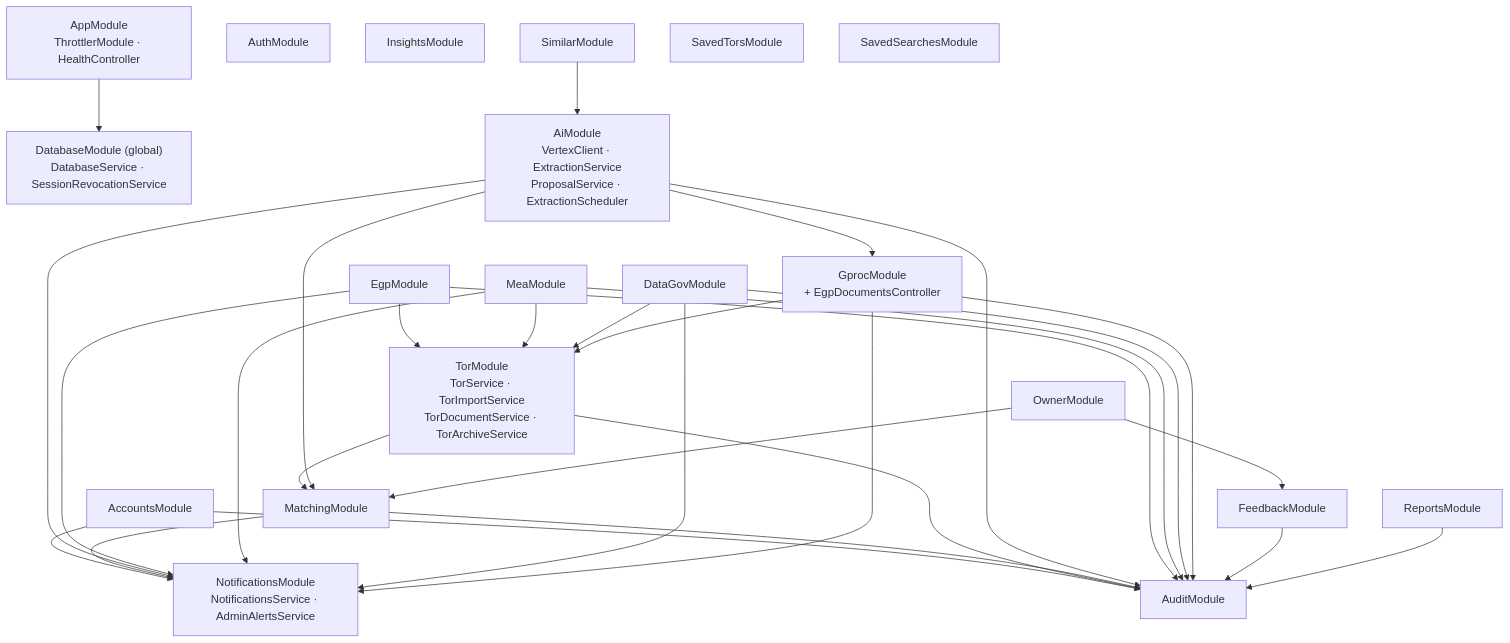
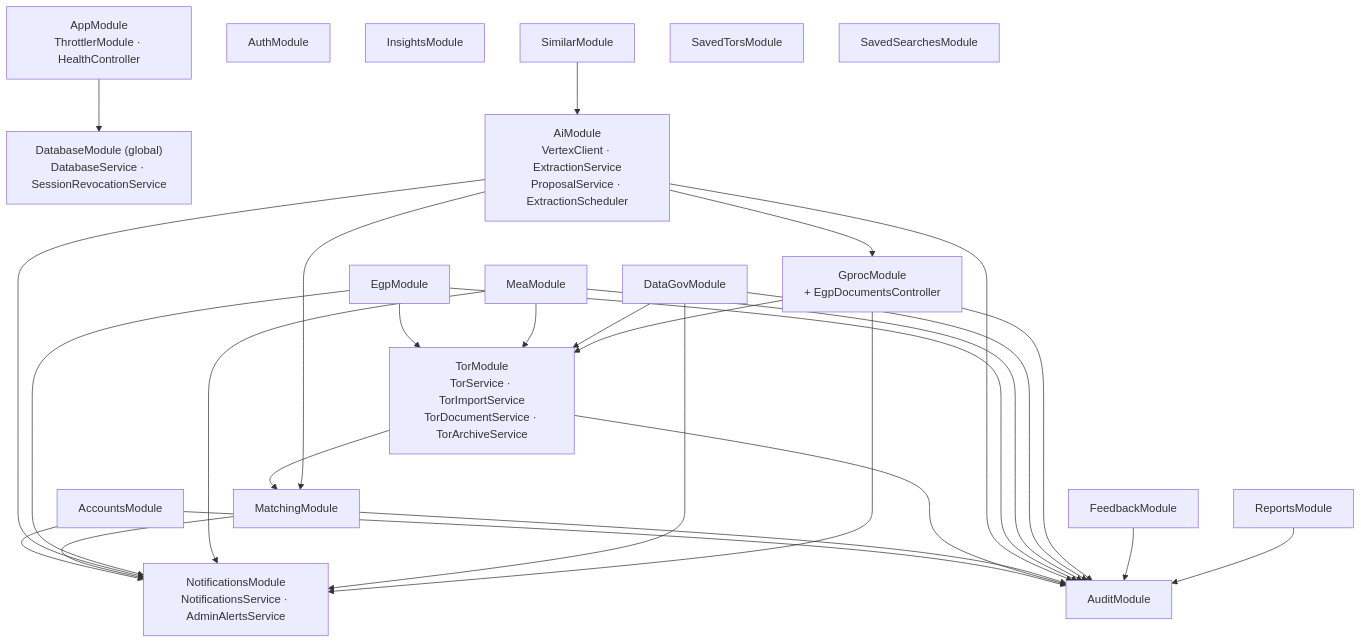
The second of 2 diagrams in docs/design/system-architecture.md (PhomMaiWai/TorFinder), drawn with Mermaid before and after one commit. The commit also changed other lines of this file and 26 other files, not shown here.

````diff
--- a/docs/design/system-architecture.md
+++ b/docs/design/system-architecture.md
@@ -91,38 +93,36 @@
 ```mermaid
 flowchart TB
     App["AppModule<br/>ThrottlerModule · HealthController"]
     DBM["DatabaseModule (global)<br/>DatabaseService · SessionRevocationService"]
 
     Auth["AuthModule"]
     Accounts["AccountsModule"]
     Tor["TorModule<br/>TorService · TorImportService<br/>TorDocumentService · TorArchiveService"]
     Matching["MatchingModule"]
     Ai["AiModule<br/>VertexClient · ExtractionService<br/>ProposalService · ExtractionScheduler"]
     Egp["EgpModule"]
     Mea["MeaModule"]
     DataGov["DataGovModule"]
     Gproc["GprocModule<br/>+ EgpDocumentsController"]
     Feedback["FeedbackModule"]
     Reports["ReportsModule"]
     Insights["InsightsModule"]
     Similar["SimilarModule"]
-    Owner["OwnerModule"]
     SavedTors["SavedTorsModule"]
     SavedSearches["SavedSearchesModule"]
     Notifications["NotificationsModule<br/>NotificationsService · AdminAlertsService"]
     Audit["AuditModule"]
 
     App --> DBM
     Accounts --> Notifications & Audit
     Tor --> Matching & Audit
     Matching --> Notifications & Audit
     Ai --> Gproc & Matching & Notifications & Audit
     Egp --> Tor & Notifications & Audit
     Mea --> Tor & Notifications & Audit
     DataGov --> Tor & Notifications & Audit
     Gproc --> Tor & Notifications & Audit
-    Owner --> Matching & Feedback
     Feedback --> Audit
     Reports --> Audit
     Similar --> Ai
 ```
````
